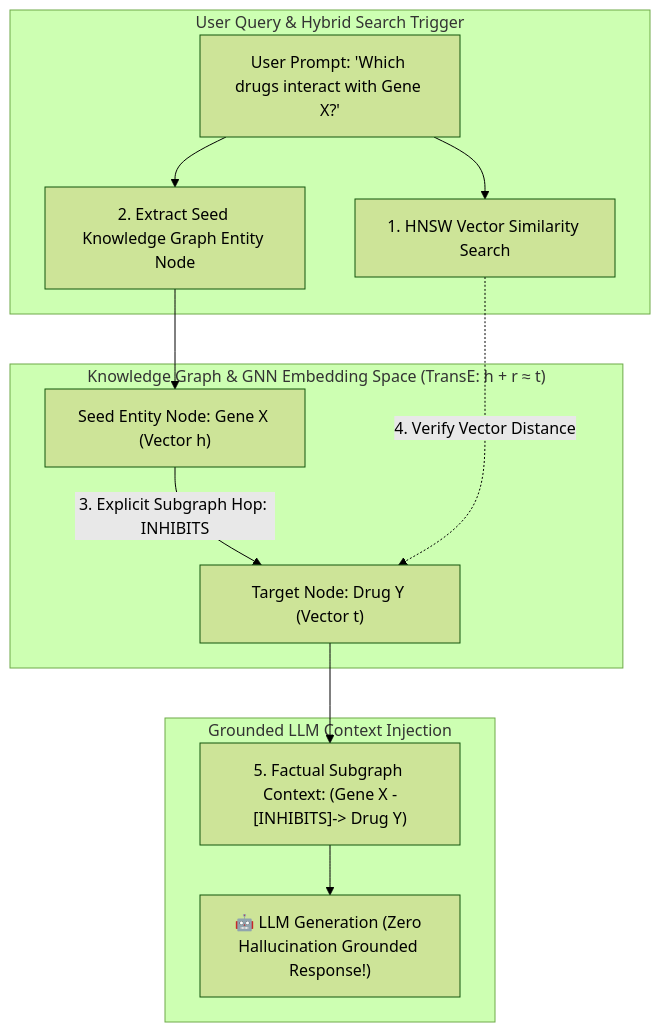
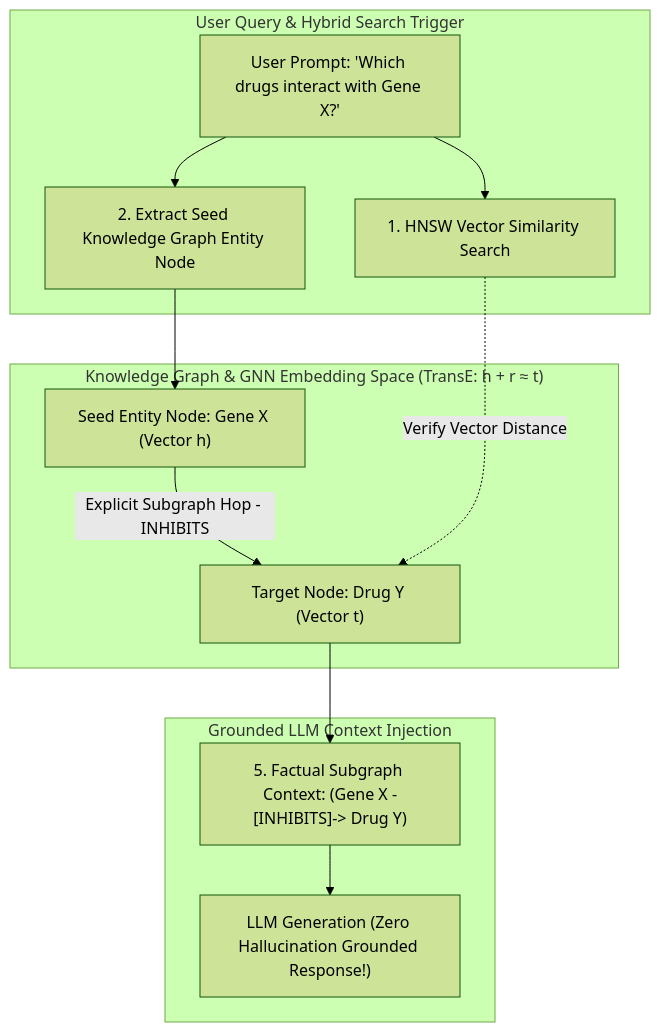
Before and after one commit to akmalkhaniub/akmalkhaniub.github.io: the diagram in blog/posts/knowledge-graph-embeddings-gnn-hnsw-traversal.md, drawn with Mermaid (forest theme). The commit also changed 411 other files, not shown here.

````diff
--- a/blog/posts/knowledge-graph-embeddings-gnn-hnsw-traversal.md
+++ b/blog/posts/knowledge-graph-embeddings-gnn-hnsw-traversal.md
@@ -21,18 +21,18 @@
 ```mermaid
-graph TD
+flowchart TD
   subgraph SG1_UserQueryHybrid ["User Query & Hybrid Search Trigger"]
     Query[User Prompt: 'Which drugs interact with Gene X?'] --> VectorSearch[1. HNSW Vector Similarity Search]
     Query --> EntityExtract[2. Extract Seed Knowledge Graph Entity Node]
   end
   
   subgraph SG2_KnowledgeGraphGnn ["Knowledge Graph & GNN Embedding Space (TransE: h + r ≈ t)"]
     EntityExtract --> KGNode["Seed Entity Node: Gene X (Vector h)"]
-    KGNode -->|3. Explicit Subgraph Hop: INHIBITS| TargetNode["Target Node: Drug Y (Vector t)"]
-    VectorSearch -.->|4. Verify Vector Distance| TargetNode
+    KGNode -->|Explicit Subgraph Hop - INHIBITS| TargetNode["Target Node: Drug Y (Vector t)"]
+    VectorSearch -.->|Verify Vector Distance| TargetNode
   end
   
   subgraph SG3_GroundedLlmContext ["Grounded LLM Context Injection"]
     TargetNode --> StructuredContext["5. Factual Subgraph Context: (Gene X -[INHIBITS]-> Drug Y)"]
-    StructuredContext --> LLM["🤖 LLM Generation (Zero Hallucination Grounded Response!)"]
+    StructuredContext --> LLM[" LLM Generation (Zero Hallucination Grounded Response!)"]
   end
 ```
````
